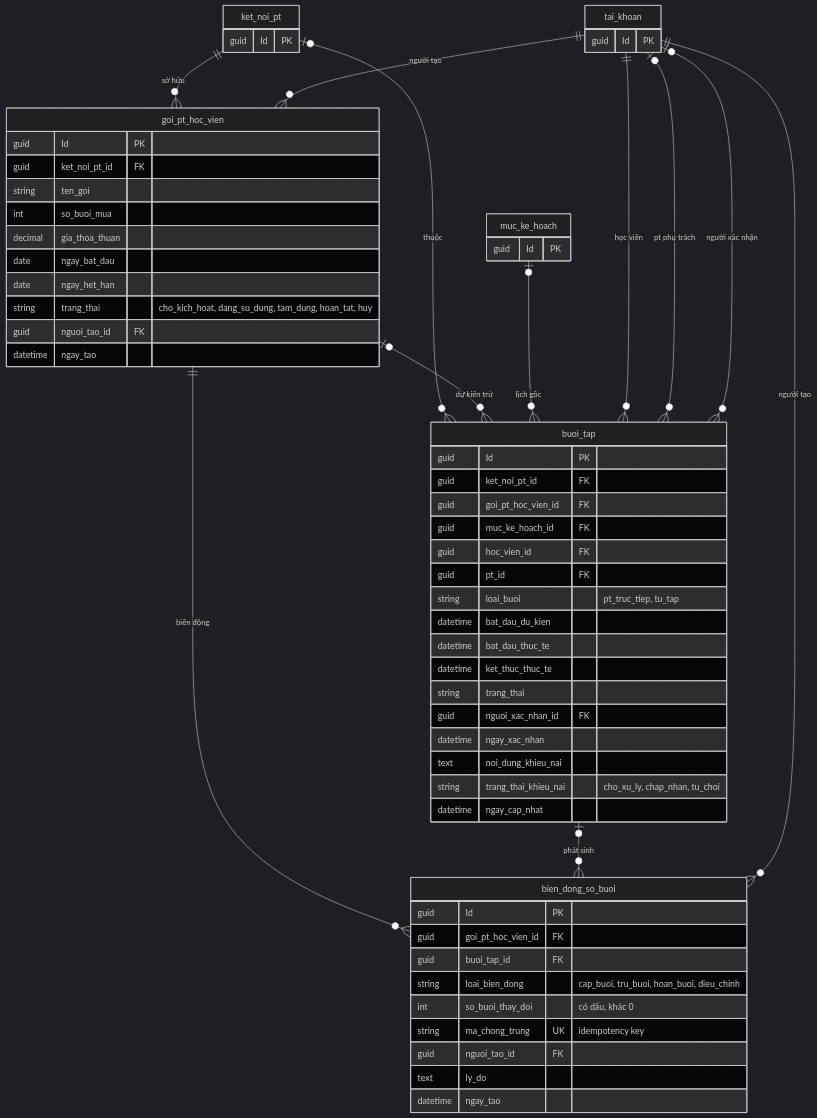
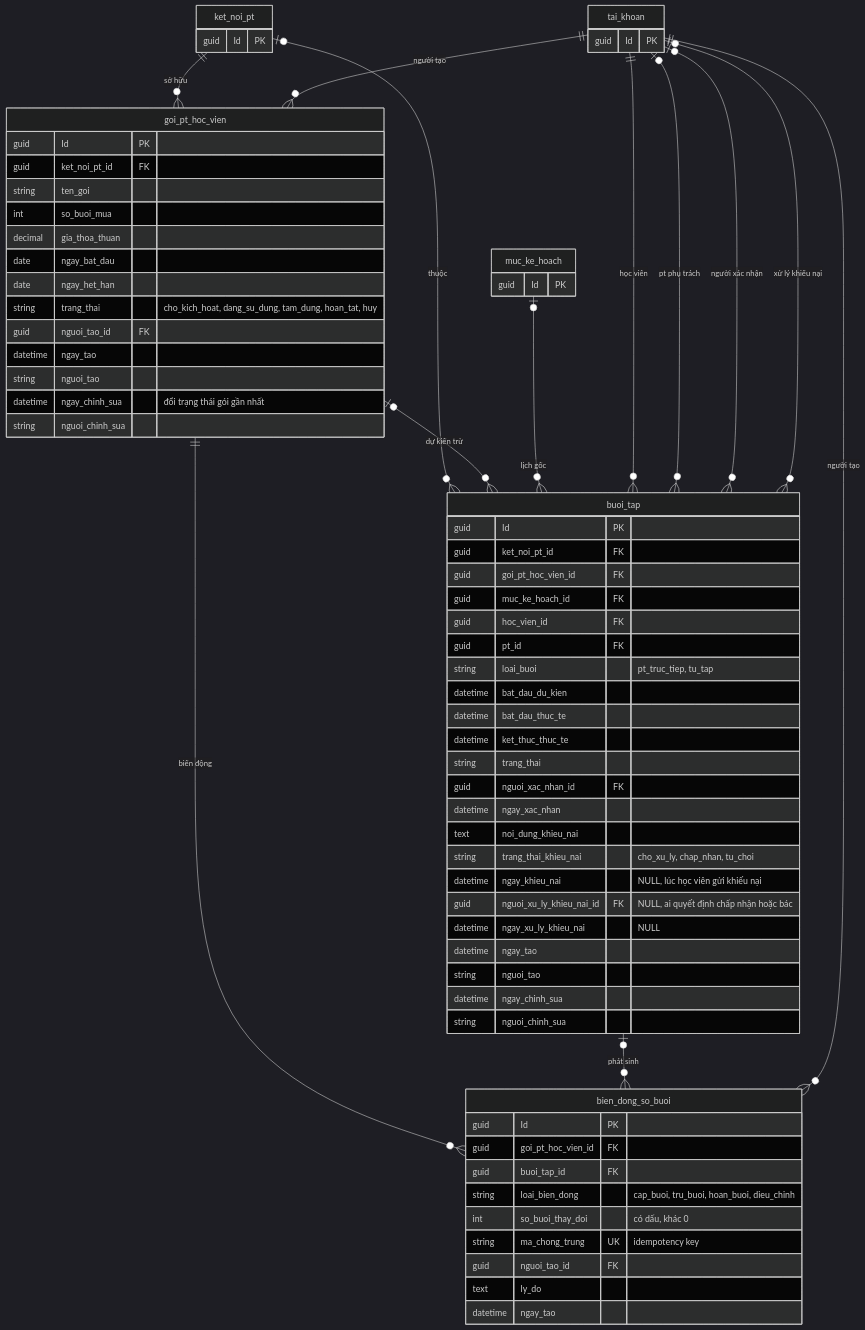
Before and after one commit to ngongochuy2003/GymBase: the first of 3 diagrams in database/diagrams/07-goi-pt-buoi-tap.md, drawn with Mermaid (dark theme). The commit also changed other lines of this file and 12 other files, not shown here.

````diff
--- a/database/diagrams/07-goi-pt-buoi-tap.md
+++ b/database/diagrams/07-goi-pt-buoi-tap.md
@@ -6,65 +6,75 @@
 ```mermaid
 erDiagram
     ket_noi_pt ||--o{ goi_pt_hoc_vien : "sở hữu"
     tai_khoan ||--o{ goi_pt_hoc_vien : "người tạo"
     ket_noi_pt |o--o{ buoi_tap : "thuộc"
     goi_pt_hoc_vien |o--o{ buoi_tap : "dự kiến trừ"
     muc_ke_hoach |o--o{ buoi_tap : "lịch gốc"
     tai_khoan ||--o{ buoi_tap : "học viên"
     tai_khoan |o--o{ buoi_tap : "pt phụ trách"
     tai_khoan |o--o{ buoi_tap : "người xác nhận"
+    tai_khoan |o--o{ buoi_tap : "xử lý khiếu nại"
     goi_pt_hoc_vien ||--o{ bien_dong_so_buoi : "biến động"
     buoi_tap |o--o{ bien_dong_so_buoi : "phát sinh"
     tai_khoan ||--o{ bien_dong_so_buoi : "người tạo"
 
     goi_pt_hoc_vien {
         guid Id PK
         guid ket_noi_pt_id FK
         string ten_goi
         int so_buoi_mua
         decimal gia_thoa_thuan
         date ngay_bat_dau
         date ngay_het_han
         string trang_thai "cho_kich_hoat, dang_su_dung, tam_dung, hoan_tat, huy"
         guid nguoi_tao_id FK
         datetime ngay_tao
+        string nguoi_tao
+        datetime ngay_chinh_sua "đổi trạng thái gói gần nhất"
+        string nguoi_chinh_sua
     }
     buoi_tap {
         guid Id PK
         guid ket_noi_pt_id FK
         guid goi_pt_hoc_vien_id FK
         guid muc_ke_hoach_id FK
         guid hoc_vien_id FK
         guid pt_id FK
         string loai_buoi "pt_truc_tiep, tu_tap"
         datetime bat_dau_du_kien
         datetime bat_dau_thuc_te
         datetime ket_thuc_thuc_te
         string trang_thai
         guid nguoi_xac_nhan_id FK
         datetime ngay_xac_nhan
         text noi_dung_khieu_nai
         string trang_thai_khieu_nai "cho_xu_ly, chap_nhan, tu_choi"
-        datetime ngay_cap_nhat
+        datetime ngay_khieu_nai "NULL, lúc học viên gửi khiếu nại"
+        guid nguoi_xu_ly_khieu_nai_id FK "NULL, ai quyết định chấp nhận hoặc bác"
+        datetime ngay_xu_ly_khieu_nai "NULL"
+        datetime ngay_tao
+        string nguoi_tao
+        datetime ngay_chinh_sua
+        string nguoi_chinh_sua
     }
     bien_dong_so_buoi {
         guid Id PK
         guid goi_pt_hoc_vien_id FK
         guid buoi_tap_id FK
         string loai_bien_dong "cap_buoi, tru_buoi, hoan_buoi, dieu_chinh"
         int so_buoi_thay_doi "có dấu, khác 0"
         string ma_chong_trung UK "idempotency key"
         guid nguoi_tao_id FK
         text ly_do
         datetime ngay_tao
     }
     ket_noi_pt {
         guid Id PK
     }
     muc_ke_hoach {
         guid Id PK
     }
     tai_khoan {
         guid Id PK
     }
 ```
````
